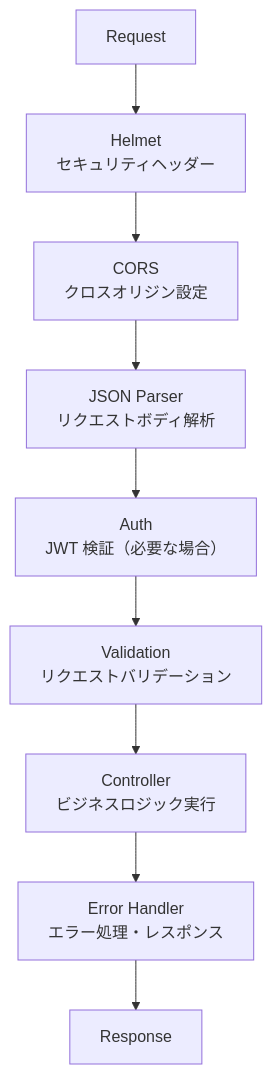
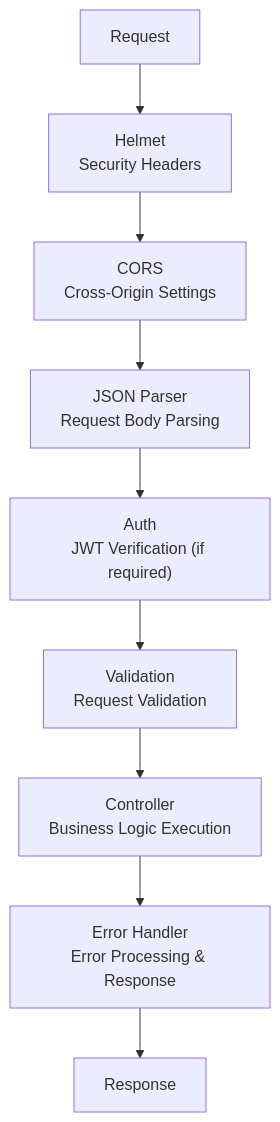
Before and after one commit to serithemage/claude-code-demo: the third of 6 diagrams in docs/Architecture.md, drawn with Mermaid. The commit also changed other lines of this file and 61 other files, not shown here.

````diff
--- a/docs/Architecture.md
+++ b/docs/Architecture.md
@@ -98,14 +98,14 @@
 ```mermaid
 flowchart TB
     Request[Request]
-    Helmet["Helmet<br/>セキュリティヘッダー"]
-    CORS["CORS<br/>クロスオリジン設定"]
-    JSONParser["JSON Parser<br/>リクエストボディ解析"]
-    Auth["Auth<br/>JWT 検証（必要な場合）"]
-    Validation["Validation<br/>リクエストバリデーション"]
-    Controller["Controller<br/>ビジネスロジック実行"]
-    ErrorHandler["Error Handler<br/>エラー処理・レスポンス"]
+    Helmet["Helmet<br/>Security Headers"]
+    CORS["CORS<br/>Cross-Origin Settings"]
+    JSONParser["JSON Parser<br/>Request Body Parsing"]
+    Auth["Auth<br/>JWT Verification (if required)"]
+    Validation["Validation<br/>Request Validation"]
+    Controller["Controller<br/>Business Logic Execution"]
+    ErrorHandler["Error Handler<br/>Error Processing & Response"]
     Response[Response]
 
     Request --> Helmet --> CORS --> JSONParser --> Auth --> Validation --> Controller --> ErrorHandler --> Response
 ```
````
